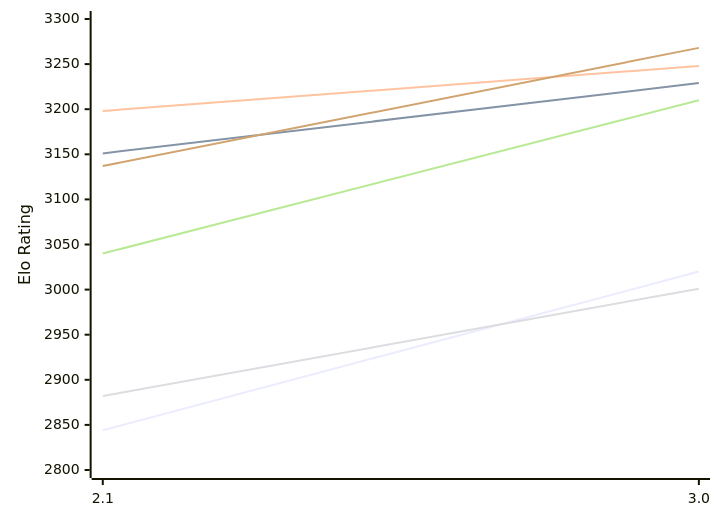
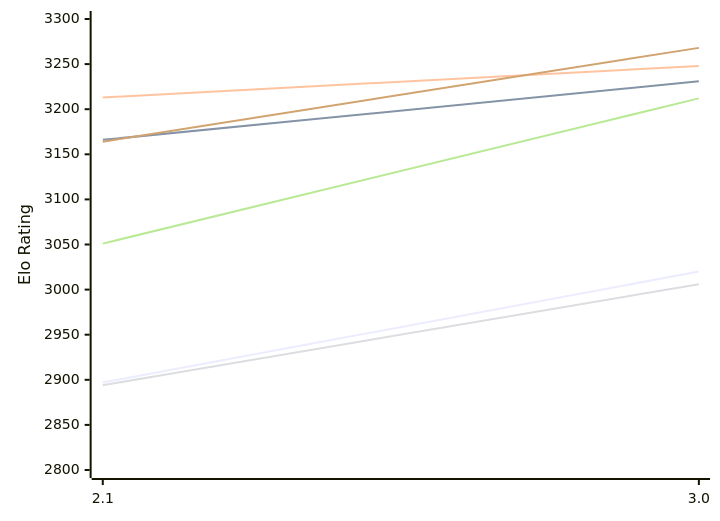
Before and after one commit to computer-chess-index/cci: the first of 2 diagrams in engines/Quirky.md, drawn with Mermaid. The commit also changed other lines of this file, not shown here.

Commit message:
Update CCI Ratings (ELO VLTC) - 2026-11-17

````diff
--- a/engines/Quirky.md
+++ b/engines/Quirky.md
@@ -50,12 +50,12 @@
 ```mermaid
 %%{init: {"theme":"base","themeVariables":{"seriesColors:['#a3a3a3','#222221','#faa371']}}}%%
 xychart-beta
   x-axis ["2.1", "3.0"]
   y-axis "Elo Rating" 2800 --> 3300
-  line "E1: STC (8.0+0.08s)" [2844, 3020]
-  line "E1: LTC (60.0+0.60s)" [3151, 3229]
-  line "E1: VLTC (2m24s+1.12s)" [3198, 3248]
-  line "P1: STC (8.0+0.08s)" [2882, 3001]
-  line "P1: LTC (60.0+0.60s)" [3040, 3210]
-  line "P1: VLTC (2m24s+1.12s)" [3137, 3268]
+  line "E1: STC (8.0+0.08s)" [2897, 3020]
+  line "E1: LTC (60.0+0.60s)" [3166, 3231]
+  line "E1: VLTC (2m24s+1.12s)" [3213, 3248]
+  line "P1: STC (8.0+0.08s)" [2894, 3006]
+  line "P1: LTC (60.0+0.60s)" [3051, 3212]
+  line "P1: VLTC (2m24s+1.12s)" [3164, 3268]
 ```
````
